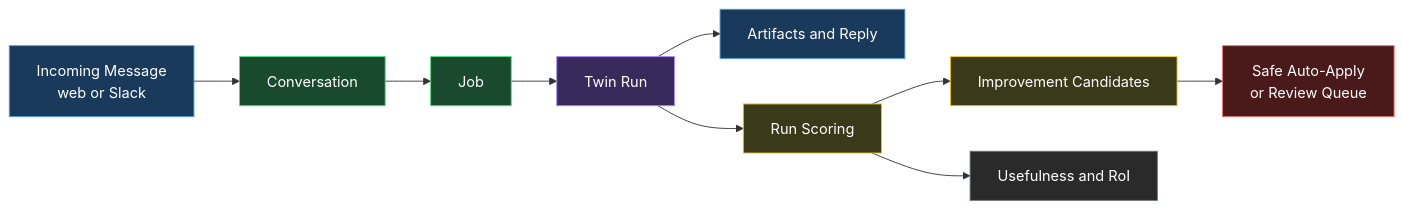
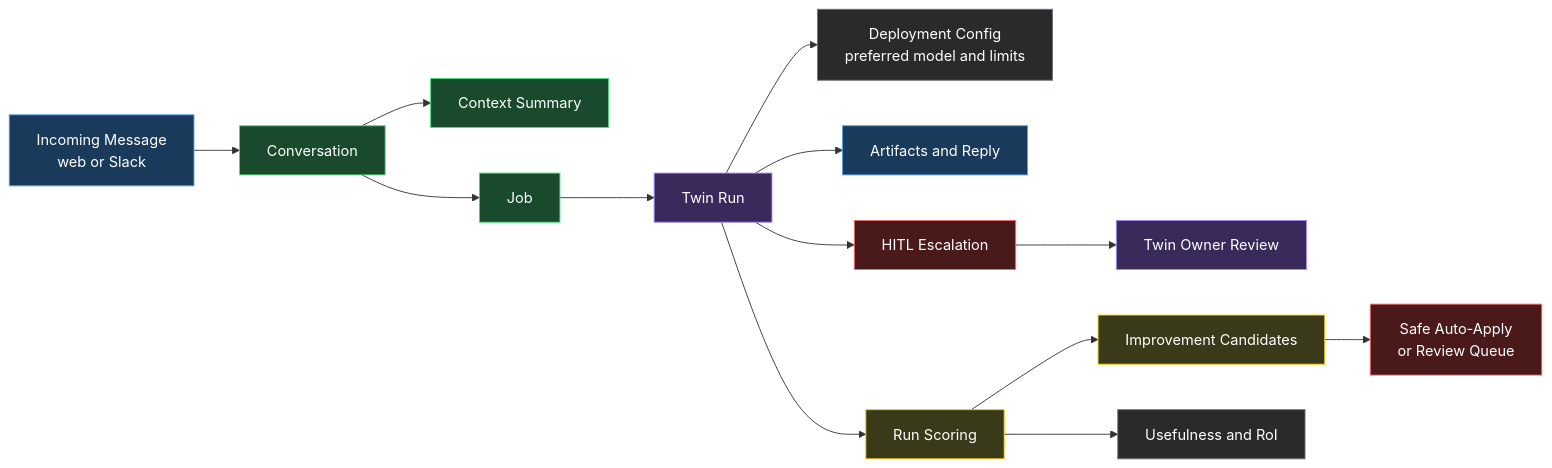
The second of 4 diagrams in docs/architecture.md (fszale/digital-twin-factory), drawn with Mermaid before and after one commit. The commit also changed other lines of this file and 63 other files, not shown here.

````diff
--- a/docs/architecture.md
+++ b/docs/architecture.md
@@ -45,23 +50,32 @@
 ```mermaid
 graph LR
     MSG["Incoming Message
 web or Slack"] --> CONV["Conversation"]
+    CONV --> SUM["Context Summary"]
     CONV --> JOB["Job"]
     JOB --> RUN["Twin Run"]
+    RUN --> CFG["Deployment Config
+ preferred model and limits"]
     RUN --> ART["Artifacts and Reply"]
     RUN --> SCORE["Run Scoring"]
+    RUN --> HITL["HITL Escalation"]
+    HITL --> OWNER["Twin Owner Review"]
     SCORE --> IMPR["Improvement Candidates"]
     IMPR --> APPLY["Safe Auto-Apply
 or Review Queue"]
     SCORE --> ROI["Usefulness and RoI"]
 
     style MSG fill:#1a3a5c,color:#fff,stroke:#4a9ede
     style CONV fill:#1a4a2e,color:#fff,stroke:#4ade80
+    style SUM fill:#1a4a2e,color:#fff,stroke:#4ade80
     style JOB fill:#1a4a2e,color:#fff,stroke:#4ade80
     style RUN fill:#3a2a5c,color:#fff,stroke:#a78bfa
+    style CFG fill:#2a2a2a,color:#fff,stroke:#6b7280
     style ART fill:#1a3a5c,color:#fff,stroke:#4a9ede
+    style HITL fill:#4a1a1a,color:#fff,stroke:#f87171
+    style OWNER fill:#3a2a5c,color:#fff,stroke:#a78bfa
     style SCORE fill:#3a3a1a,color:#fff,stroke:#facc15
     style IMPR fill:#3a3a1a,color:#fff,stroke:#facc15
     style APPLY fill:#4a1a1a,color:#fff,stroke:#f87171
     style ROI fill:#2a2a2a,color:#fff,stroke:#6b7280
 ```
````
